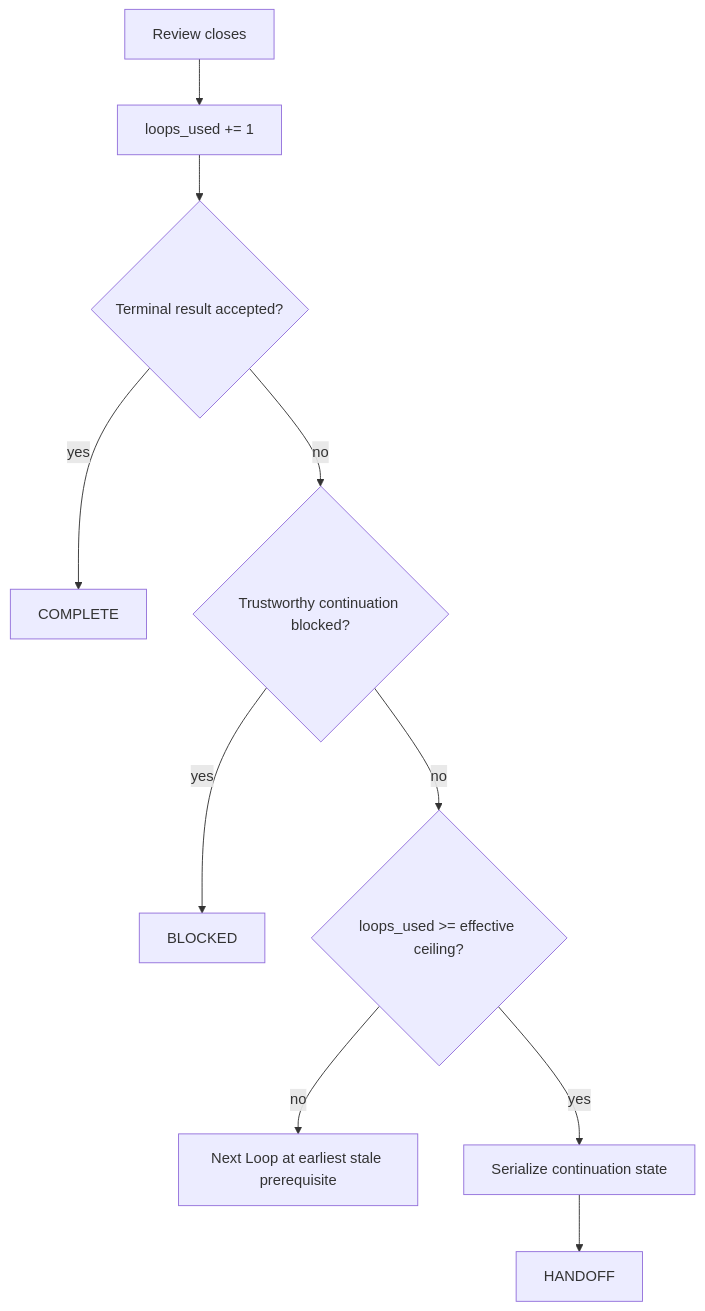
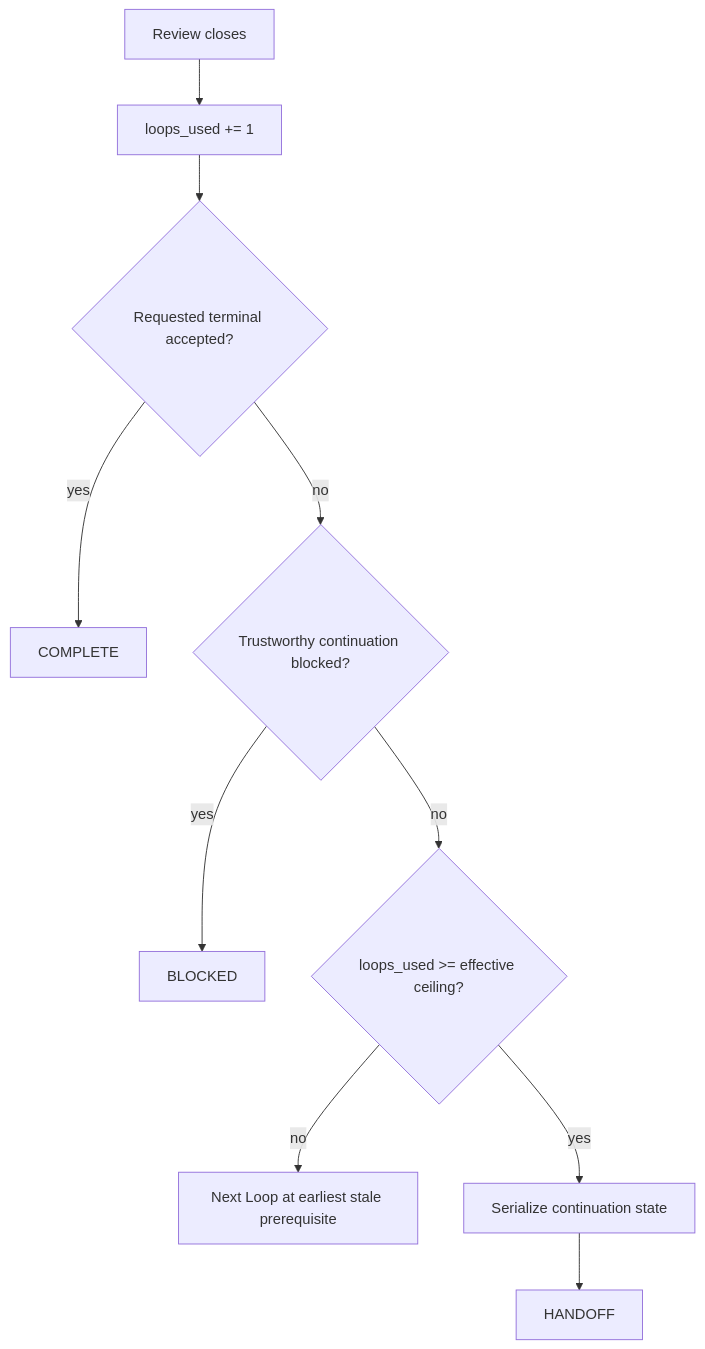
One commit to mols3131d/mols-agent-assets changed the fourth of 4 diagrams in src/rulesync/.rulesync/skills/mols-rpi/SKILL.md. Above: the diagram before and after it, drawn with Mermaid. The commit also changed other lines of this file and 16 other files, not shown here.

````diff
--- a/src/rulesync/.rulesync/skills/mols-rpi/SKILL.md
+++ b/src/rulesync/.rulesync/skills/mols-rpi/SKILL.md
@@ -521,12 +609,12 @@
 ```mermaid
 flowchart TD
     V["Review closes"] --> L["loops_used += 1"]
-    L --> A{"Terminal result accepted?"}
+    L --> A{"Requested terminal accepted?"}
     A -->|yes| C["COMPLETE"]
     A -->|no| B{"Trustworthy continuation blocked?"}
     B -->|yes| X["BLOCKED"]
     B -->|no| E{"loops_used >= effective ceiling?"}
     E -->|no| N["Next Loop at earliest stale prerequisite"]
     E -->|yes| H["Serialize continuation state"]
     H --> O["HANDOFF"]
 ```
````
